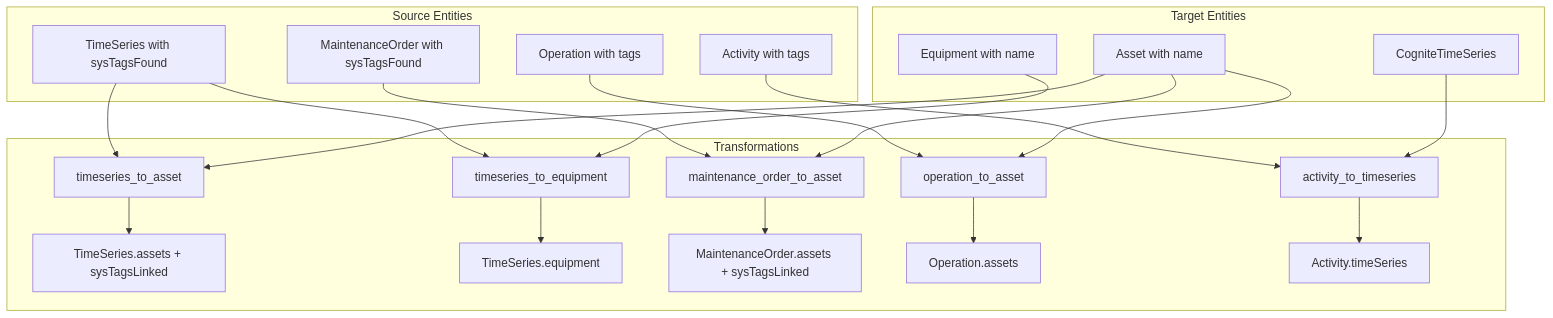
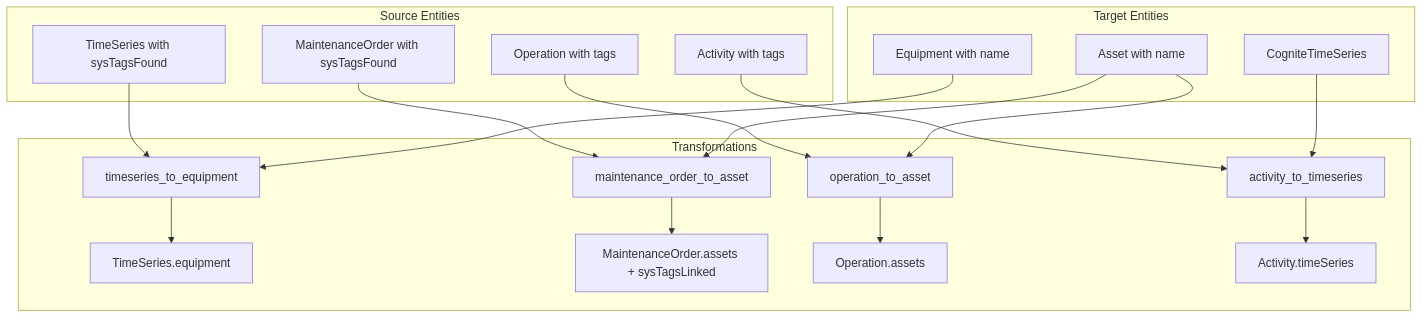
One commit to cognitedata/library changed the diagram in modules/accelerators/contextualization/cdf_connection_sql/README.md. Above: the diagram before and after it, drawn with Mermaid. The commit also changed other lines of this file and 6 other files, not shown here.

Commit message:
removed duplicate timeseries to asset transformation

````diff
--- a/modules/accelerators/contextualization/cdf_connection_sql/README.md
+++ b/modules/accelerators/contextualization/cdf_connection_sql/README.md
@@ -199,37 +194,33 @@
 ```mermaid
 graph TD
     subgraph "Source Entities"
         A[TimeSeries with sysTagsFound]
         B[MaintenanceOrder with sysTagsFound]
         C[Operation with tags]
         D[Activity with tags]
     end
     
     subgraph "Target Entities"
         E[Asset with name]
         F[Equipment with name]
         G[CogniteTimeSeries]
     end
     
-    subgraph "Transformations"
-        A --> H[timeseries_to_asset]
-        E --> H
-        H --> I[TimeSeries.assets + sysTagsLinked]
-        
+    subgraph "Transformations"        
         A --> J[timeseries_to_equipment]
         F --> J
         J --> K[TimeSeries.equipment]
         
         B --> L[maintenance_order_to_asset]
         E --> L
         L --> M[MaintenanceOrder.assets + sysTagsLinked]
         
         C --> N[operation_to_asset]
         E --> N
         N --> O[Operation.assets]
         
         D --> P[activity_to_timeseries]
         G --> P
         P --> Q[Activity.timeSeries]
     end
 ```
````
